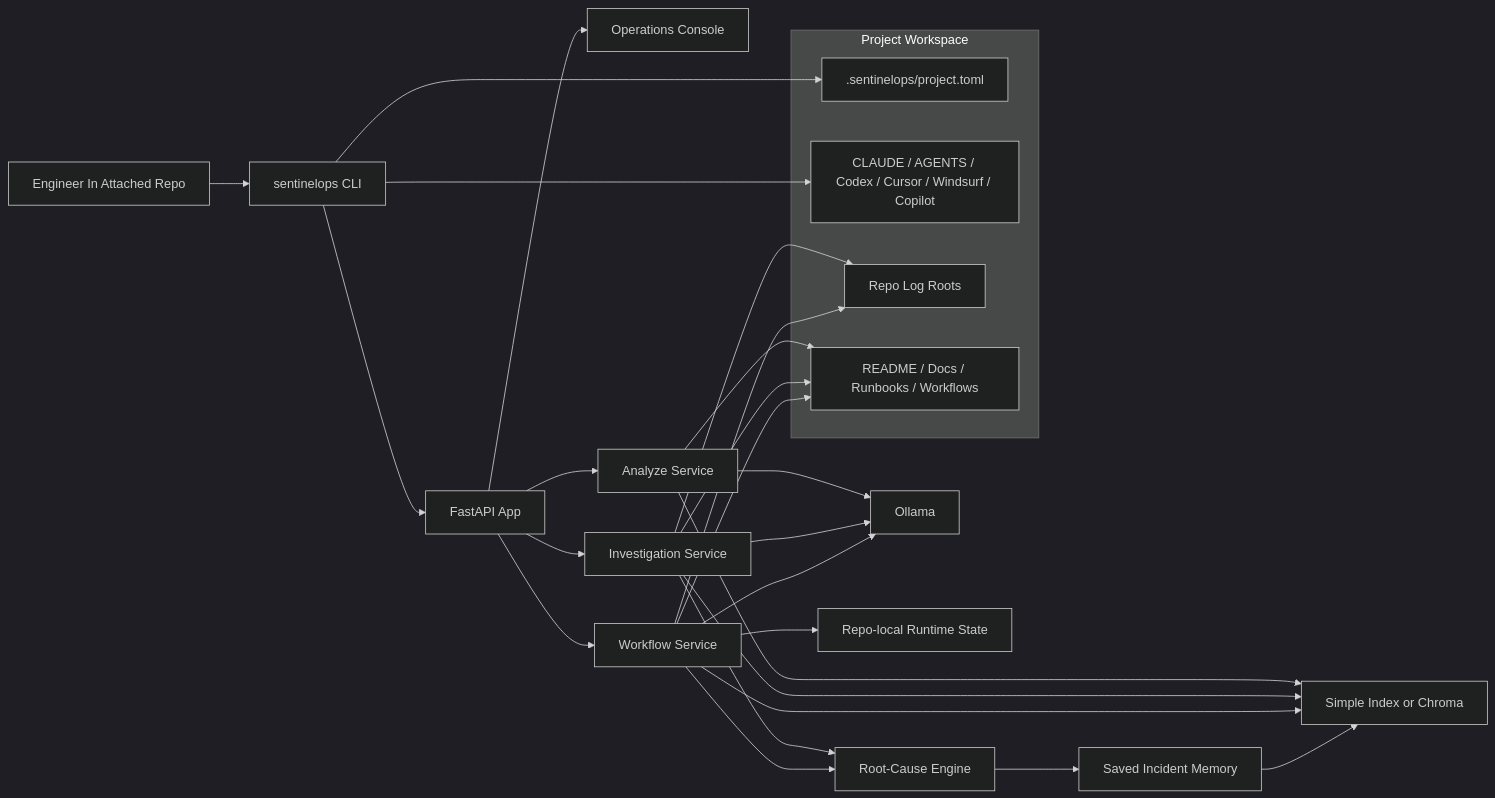
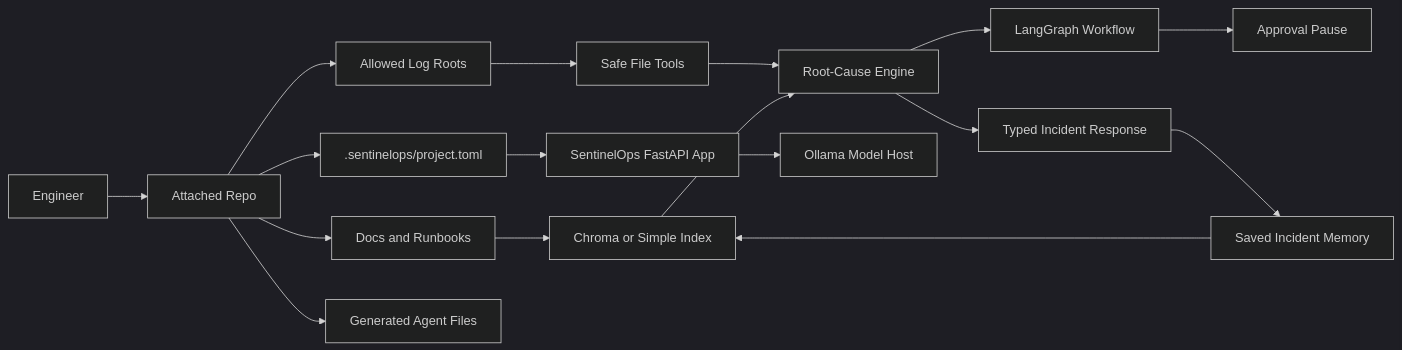
The diagram in README.md (saikumar1767/Sentinel-Ops), drawn with Mermaid (dark theme) before and after one commit. The commit also changed other lines of this file and 4 other files, not shown here.

````diff
--- a/README.md
+++ b/README.md
@@ -175,33 +244,19 @@
 ```mermaid
 flowchart LR
-    Engineer["Engineer In Attached Repo"] --> CLI["sentinelops CLI"]
-    subgraph Repo["Project Workspace"]
-        Config[".sentinelops/project.toml"]
-        AgentFiles["CLAUDE / AGENTS / Codex / Cursor / Windsurf / Copilot"]
-        Logs["Repo Log Roots"]
-        Docs["README / Docs / Runbooks / Workflows"]
-    end
-    CLI --> Config
-    CLI --> AgentFiles
-    CLI --> API["FastAPI App"]
-    API --> Console["Operations Console"]
-    API --> Analyze["Analyze Service"]
-    API --> Investigate["Investigation Service"]
-    API --> Workflow["Workflow Service"]
-    Analyze --> Docs
-    Investigate --> Docs
-    Investigate --> Logs
-    Workflow --> Docs
-    Workflow --> Logs
-    Investigate --> Brain["Root-Cause Engine"]
-    Workflow --> Brain
-    Analyze --> Models["Ollama"]
-    Investigate --> Models
-    Workflow --> Models
-    Analyze --> Retrieval["Simple Index or Chroma"]
-    Investigate --> Retrieval
-    Workflow --> Retrieval
-    Brain --> IncidentMemory["Saved Incident Memory"]
-    IncidentMemory --> Retrieval
-    Workflow --> RuntimeState["Repo-local Runtime State"]
+    Engineer["Engineer"] --> Repo["Attached Repo"]
+    Repo --> Config[".sentinelops/project.toml"]
+    Repo --> Docs["Docs and Runbooks"]
+    Repo --> Logs["Allowed Log Roots"]
+    Repo --> Agents["Generated Agent Files"]
+    Config --> API["SentinelOps FastAPI App"]
+    Docs --> Retrieval["Chroma or Simple Index"]
+    Logs --> Tools["Safe File Tools"]
+    Tools --> Brain["Root-Cause Engine"]
+    Retrieval --> Brain
+    Brain --> Workflow["LangGraph Workflow"]
+    Brain --> Response["Typed Incident Response"]
+    Workflow --> Approval["Approval Pause"]
+    Response --> Memory["Saved Incident Memory"]
+    Memory --> Retrieval
+    API --> Ollama["Ollama Model Host"]
 ```
````
